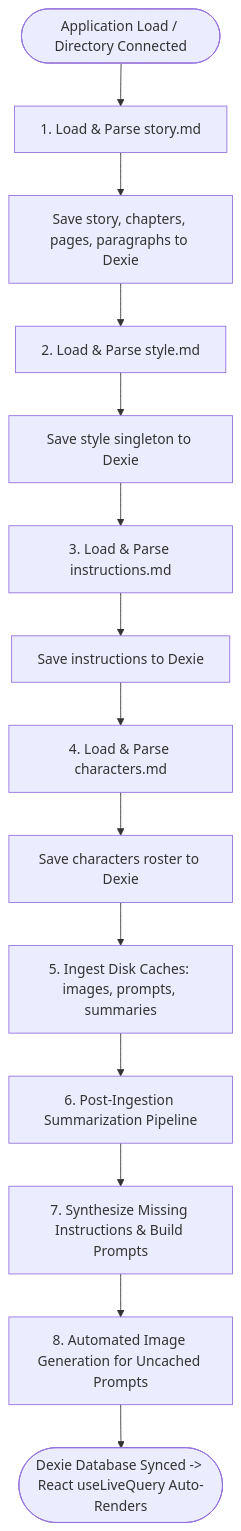
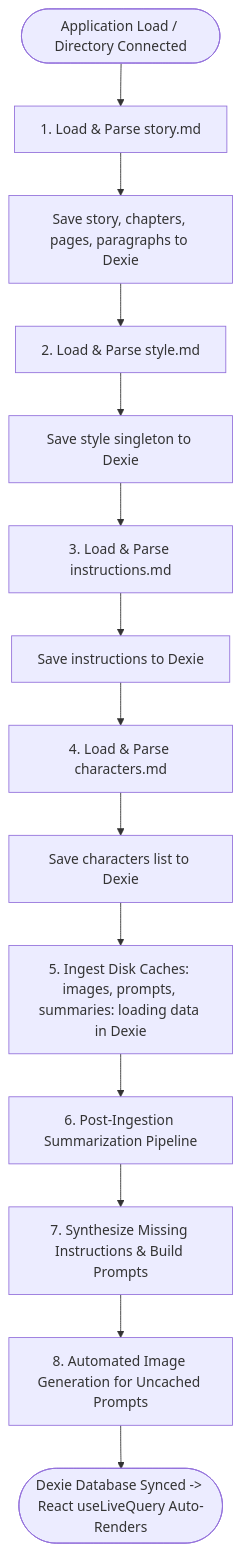
Before and after one commit to daniel-payne/writetosee-standalone-vite: the first of 3 diagrams in skills/writetosee-standalone/processing.md, drawn with Mermaid. The commit also changed other lines of this file and 24 other files, not shown here.

````diff
--- a/skills/writetosee-standalone/processing.md
+++ b/skills/writetosee-standalone/processing.md
@@ -22,16 +22,16 @@
 ```mermaid
 flowchart TD
     Start([Application Load / Directory Connected]) --> Step1[1. Load & Parse story.md]
     Step1 --> Step1Build[Save story, chapters, pages, paragraphs to Dexie]
     Step1Build --> Step2[2. Load & Parse style.md]
     Step2 --> Step2Build[Save style singleton to Dexie]
     Step2Build --> Step3[3. Load & Parse instructions.md]
     Step3 --> Step3Build[Save instructions to Dexie]
     Step3Build --> Step4[4. Load & Parse characters.md]
-    Step4 --> Step4Build[Save characters roster to Dexie]
-    Step4Build --> Step5[5. Ingest Disk Caches: images, prompts, summaries]
+    Step4 --> Step4Build[Save characters list to Dexie]
+    Step4Build --> Step5[5. Ingest Disk Caches: images, prompts, summaries: loading data in Dexie]
     Step5 --> Step6[6. Post-Ingestion Summarization Pipeline]
     Step6 --> Step7[7. Synthesize Missing Instructions & Build Prompts]
     Step7 --> Step8[8. Automated Image Generation for Uncached Prompts]
     Step8 --> Complete([Dexie Database Synced -> React useLiveQuery Auto-Renders])
 ```
````
